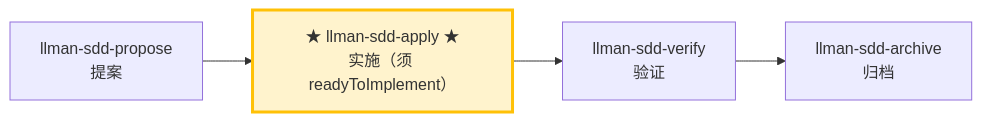
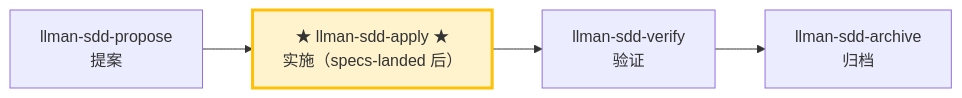
Before and after one commit to StrayDragon/llman-sdd: the diagram in .agents/skills/llman-sdd-apply/SKILL.md, drawn with Mermaid. The commit also changed other lines of this file and 44 other files, not shown here.

Commit message:
fix(templates): readyToImplement 语义全量对齐——apply 入门改钉 specs-landed 门,readyToImplement 归位为 verify/finalize 完成信号(双 locale 15 处,门禁固化)

````diff
--- a/.agents/skills/llman-sdd-apply/SKILL.md
+++ b/.agents/skills/llman-sdd-apply/SKILL.md
@@ -29,9 +29,9 @@
 ```mermaid
 flowchart LR
     propose["llman-sdd-propose<br/>提案"] --> apply
-    apply["★ llman-sdd-apply ★<br/>实施（须 readyToImplement）"]
+    apply["★ llman-sdd-apply ★<br/>实施（specs-landed 后）"]
     apply --> verify["llman-sdd-verify<br/>验证"]
     verify --> archive["llman-sdd-archive<br/>归档"]
 
     style apply fill:#fff3cd,stroke:#ffc107,stroke-width:3px
 ```
````
